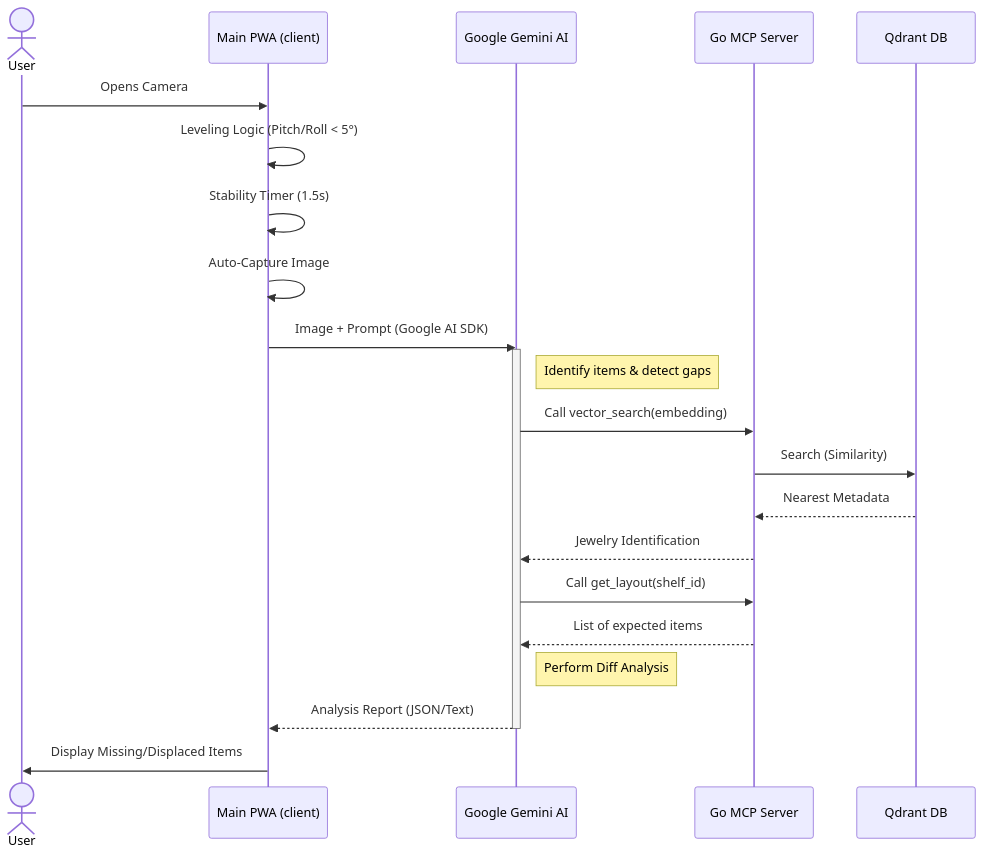
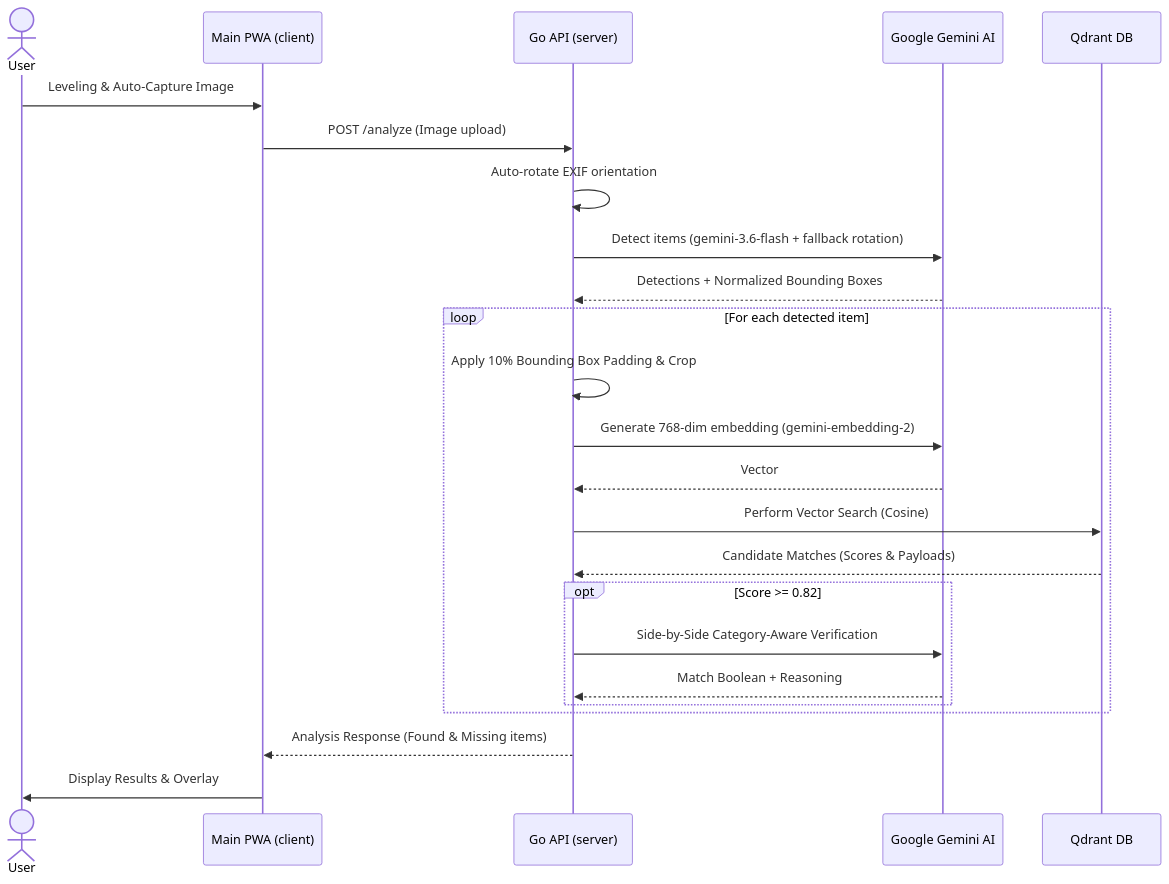
Before and after one commit to lupohirp/ShelfScan: the second of 2 diagrams in docs/ARCHITECTURE.md, drawn with Mermaid. The commit also changed other lines of this file and 1 other file, not shown here.

Commit message:
docs: update README and ARCHITECTURE documentation to accurately reflect Gemini 3.6-flash, 768-dim embeddings, 2-step verification, and ports

````diff
--- a/docs/ARCHITECTURE.md
+++ b/docs/ARCHITECTURE.md
@@ -27,33 +26,31 @@
 ```mermaid
 sequenceDiagram
     actor User
     participant App as Main PWA (client)
+    participant API as Go API (server)
     participant Gemini as Google Gemini AI
-    participant MCP as Go MCP Server
     participant Qdrant as Qdrant DB
 
-    User->>App: Opens Camera
-    App->>App: Leveling Logic (Pitch/Roll < 5°)
-    App->>App: Stability Timer (1.5s)
-    App->>App: Auto-Capture Image
+    User->>App: Leveling & Auto-Capture Image
+    App->>API: POST /analyze (Image upload)
     
-    App->>Gemini: Image + Prompt (Google AI SDK)
+    API->>API: Auto-rotate EXIF orientation
+    API->>Gemini: Detect items (gemini-3.6-flash + fallback rotation)
+    Gemini-->>API: Detections + Normalized Bounding Boxes
     
-    activate Gemini
-    Note right of Gemini: Identify items & detect gaps
+    loop For each detected item
+        API->>API: Apply 10% Bounding Box Padding & Crop
+        API->>Gemini: Generate 768-dim embedding (gemini-embedding-2)
+        Gemini-->>API: Vector
+        API->>Qdrant: Perform Vector Search (Cosine)
+        Qdrant-->>API: Candidate Matches (Scores & Payloads)
+        
+        opt Score >= 0.82
+            API->>Gemini: Side-by-Side Category-Aware Verification
+            Gemini-->>API: Match Boolean + Reasoning
+        end
+    end
     
-    Gemini->>MCP: Call vector_search(embedding)
-    MCP->>Qdrant: Search (Similarity)
-    Qdrant-->>MCP: Nearest Metadata
-    MCP-->>Gemini: Jewelry Identification
-    
-    Gemini->>MCP: Call get_layout(shelf_id)
-    MCP-->>Gemini: List of expected items
-    
-    Note right of Gemini: Perform Diff Analysis
-    
-    Gemini-->>App: Analysis Report (JSON/Text)
-    deactivate Gemini
-    
-    App->>User: Display Missing/Displaced Items
+    API-->>App: Analysis Response (Found & Missing items)
+    App->>User: Display Results & Overlay
 ```
````
